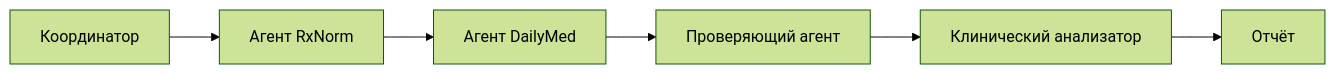
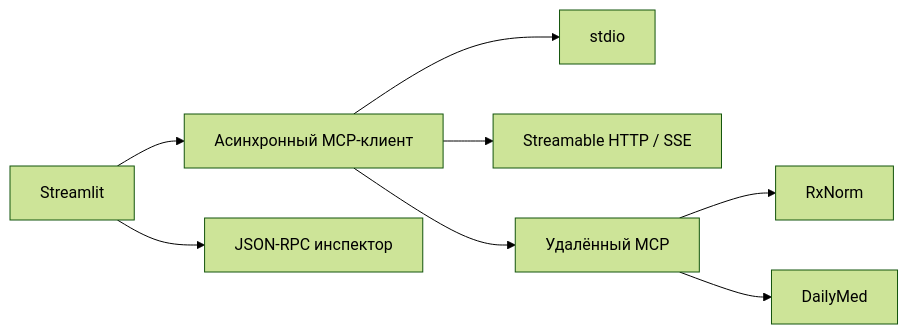
One commit to bonbon612/ai-clinical-pharmacologist changed the diagram in README.md. Above: the diagram before and after it, drawn with Mermaid (forest theme). The commit also changed other lines of this file and 19 other files, not shown here.

````diff
--- a/README.md
+++ b/README.md
@@ -25,8 +20,10 @@
 ```mermaid
 flowchart LR
-    A[Координатор] --> B[Агент RxNorm]
-    B --> C[Агент DailyMed]
-    C --> D[Проверяющий агент]
-    D --> E[Клинический анализатор]
-    E --> F[Отчёт]
+    UI[Streamlit] --> C[Асинхронный MCP-клиент]
+    C --> S[stdio]
+    C --> H[Streamable HTTP / SSE]
+    C --> R[Удалённый MCP]
+    R --> RX[RxNorm]
+    R --> DM[DailyMed]
+    UI --> I[JSON-RPC инспектор]
 ```
````
